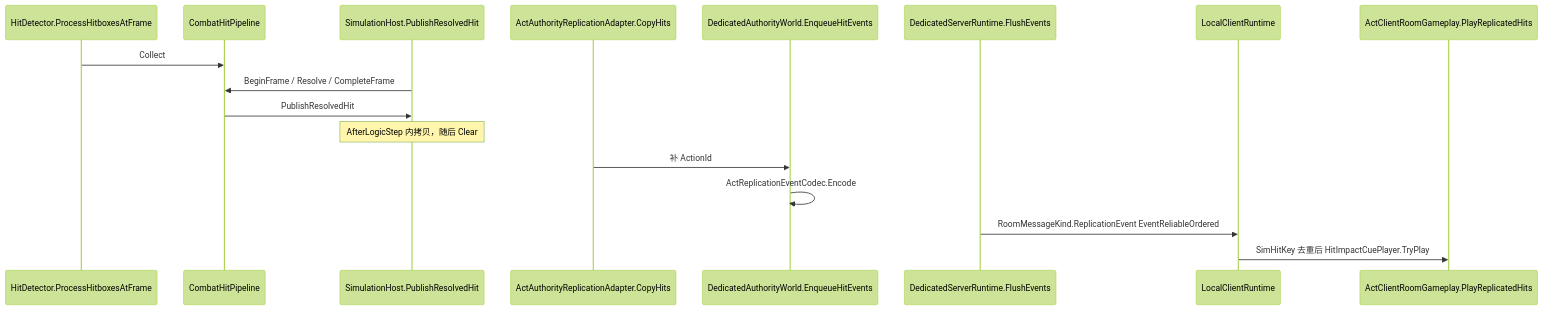
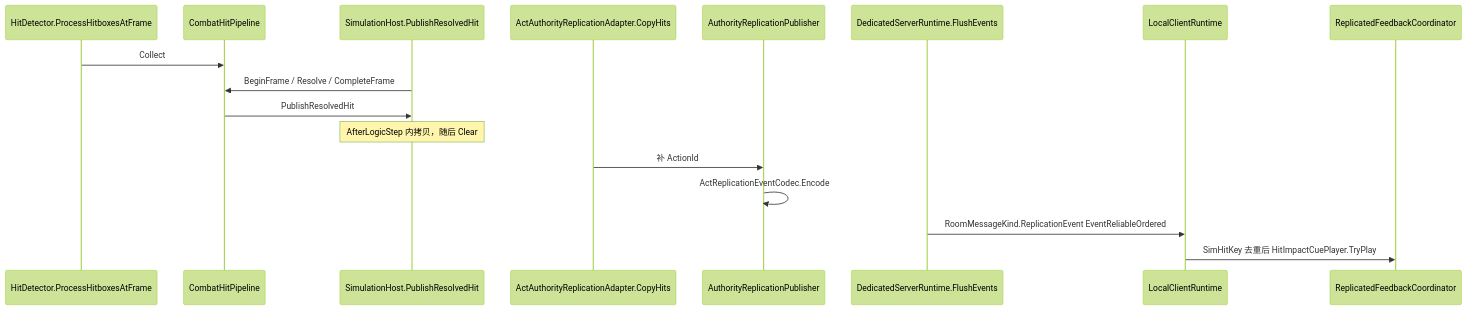
Before and after one commit to diosamacao/DiavoloGame: the fifth of 5 diagrams in docs/2026.8.23/NETSYNC_FROM_JOIN_TO_HIT.md, drawn with Mermaid (forest theme). The commit also changed other lines of this file and 17 other files, not shown here.

Commit message:
ActClientRoomGameplay 收敛为组合门面，删除其中原有 Owner、Observer 和反馈算法路径。

````diff
--- a/docs/2026.8.23/NETSYNC_FROM_JOIN_TO_HIT.md
+++ b/docs/2026.8.23/NETSYNC_FROM_JOIN_TO_HIT.md
@@ -538,20 +538,20 @@
 ```mermaid
 sequenceDiagram
     participant HD as HitDetector.ProcessHitboxesAtFrame
     participant CHP as CombatHitPipeline
     participant SH as SimulationHost.PublishResolvedHit
     participant AUTH as ActAuthorityReplicationAdapter.CopyHits
-    participant DAW as DedicatedAuthorityWorld.EnqueueHitEvents
+    participant ARP as AuthorityReplicationPublisher
     participant DSR as DedicatedServerRuntime.FlushEvents
     participant LCR as LocalClientRuntime
-    participant CUE as ActClientRoomGameplay.PlayReplicatedHits
+    participant CUE as ReplicatedFeedbackCoordinator
 
     HD->>CHP: Collect
     SH->>CHP: BeginFrame / Resolve / CompleteFrame
     CHP->>SH: PublishResolvedHit
     Note over SH: AfterLogicStep 内拷贝，随后 Clear
-    AUTH->>DAW: 补 ActionId
-    DAW->>DAW: ActReplicationEventCodec.Encode
+    AUTH->>ARP: 补 ActionId
+    ARP->>ARP: ActReplicationEventCodec.Encode
     DSR->>LCR: RoomMessageKind.ReplicationEvent EventReliableOrdered
     LCR->>CUE: SimHitKey 去重后 HitImpactCuePlayer.TryPlay
 ```
````
